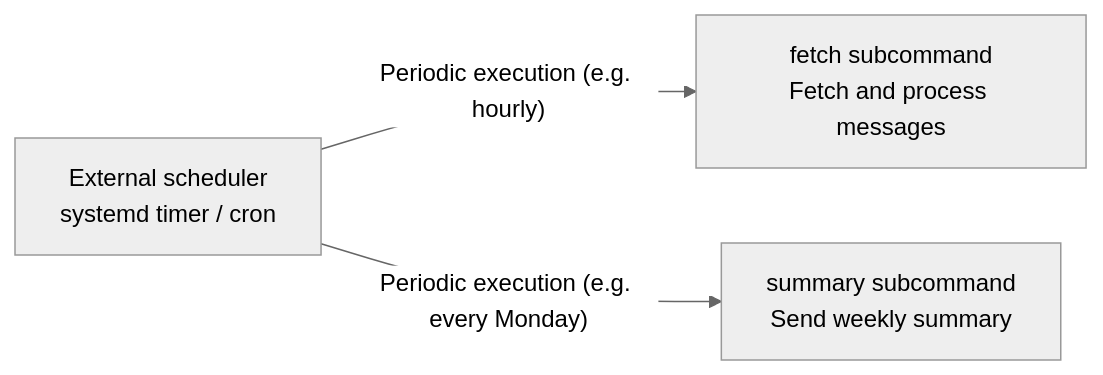
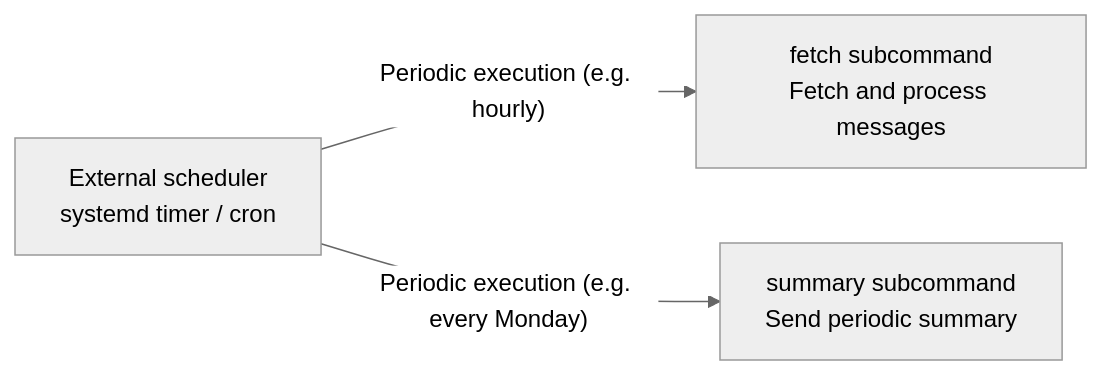
The second of 2 diagrams in docs/overview.md (isseis/tlsrpt-digest), drawn with Mermaid (neutral theme) before and after one commit. The commit also changed other lines of this file and 1 other file, not shown here.

First line of the commit message:
docs: align overview and package_reference to periodic summary terminology

````diff
--- a/docs/overview.md
+++ b/docs/overview.md
@@ -50,9 +50,9 @@
 ```mermaid
 flowchart LR
     S["External scheduler<br>systemd timer / cron"]
     Poll["fetch subcommand<br>Fetch and process messages"]
-    Summary["summary subcommand<br>Send weekly summary"]
+    Summary["summary subcommand<br>Send periodic summary"]
 
     S -->|"Periodic execution (e.g. hourly)"| Poll
     S -->|"Periodic execution (e.g. every Monday)"| Summary
 ```
````
